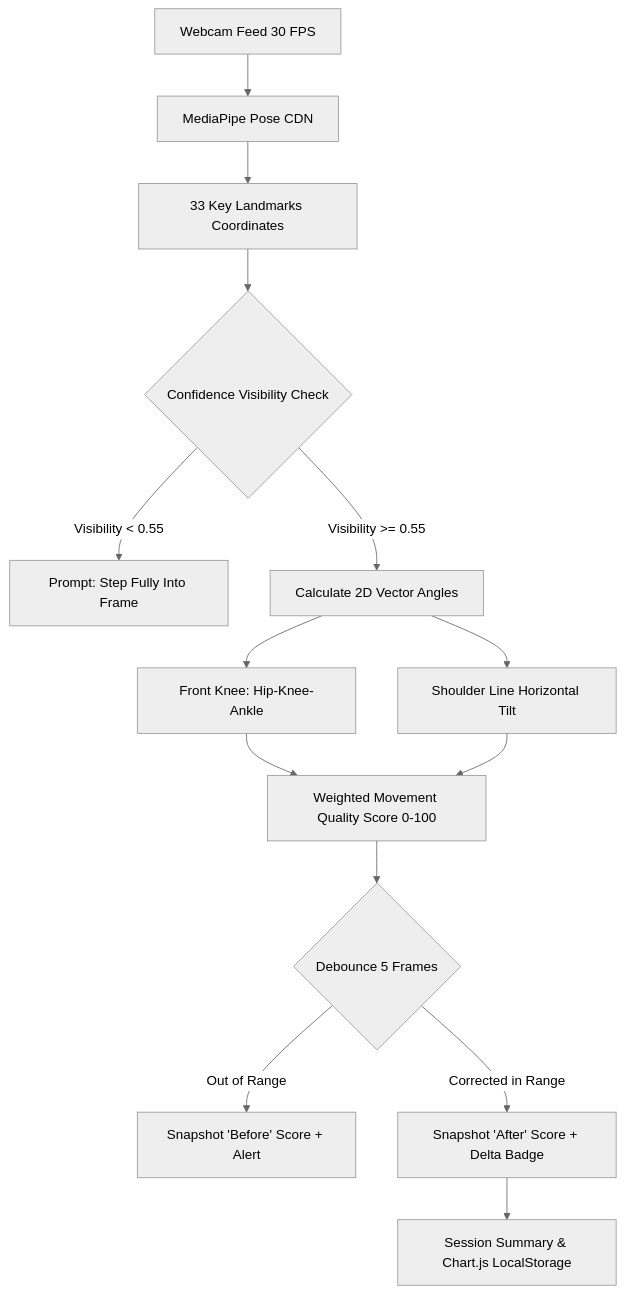
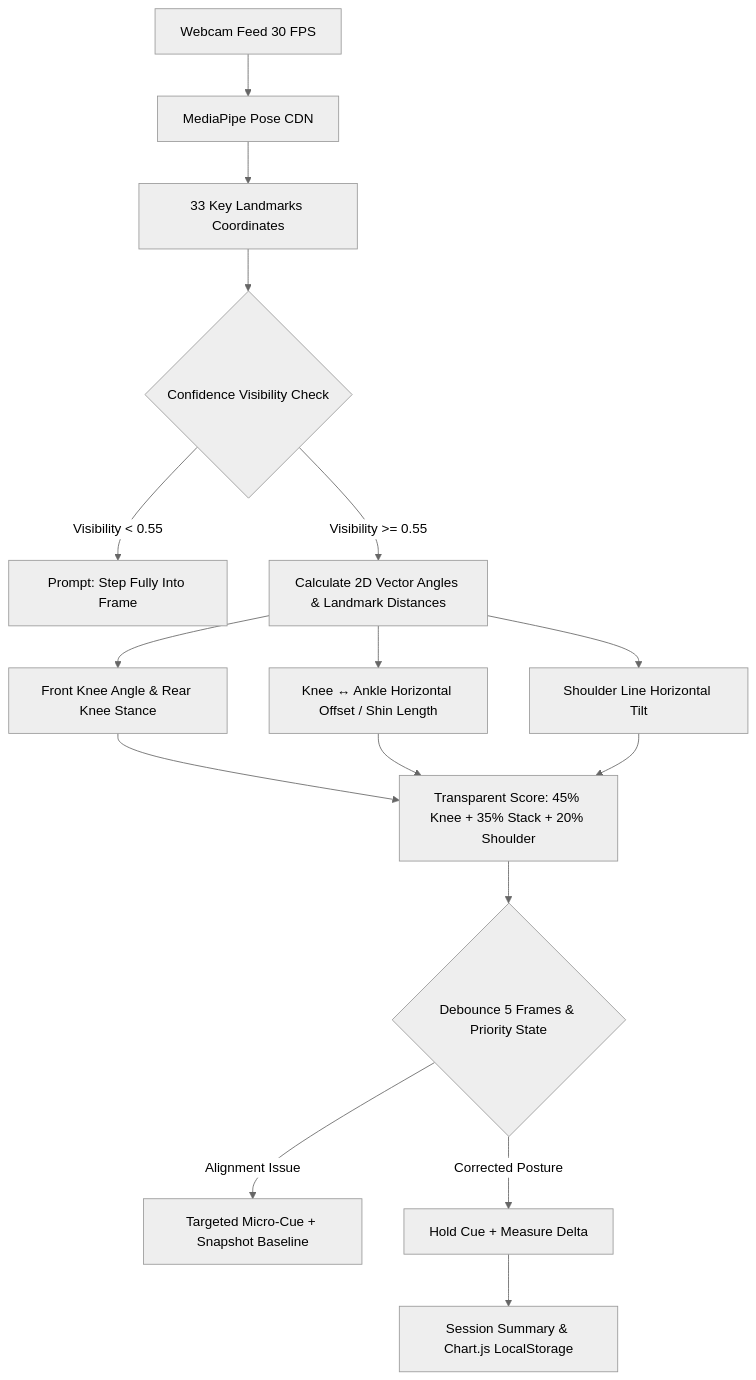
The diagram in README.md (HRAGROUPS/Solo-Innovator), drawn with Mermaid (neutral theme) before and after one commit. The commit also changed other lines of this file and 4 other files, not shown here.

````diff
--- a/README.md
+++ b/README.md
@@ -26,15 +27,16 @@
 ```mermaid
 graph TD
   A[Webcam Feed 30 FPS] --> B[MediaPipe Pose CDN]
   B --> C[33 Key Landmarks Coordinates]
   C --> D{Confidence Visibility Check}
   D -- Visibility < 0.55 --> E[Prompt: Step Fully Into Frame]
-  D -- Visibility >= 0.55 --> F[Calculate 2D Vector Angles]
-  F --> G[Front Knee: Hip-Knee-Ankle]
-  F --> H[Shoulder Line Horizontal Tilt]
-  G & H --> I[Weighted Movement Quality Score 0-100]
-  I --> J{Debounce 5 Frames}
-  J -- Out of Range --> K[Snapshot 'Before' Score + Alert]
-  J -- Corrected in Range --> L[Snapshot 'After' Score + Delta Badge]
-  L --> M[Session Summary & Chart.js LocalStorage]
+  D -- Visibility >= 0.55 --> F[Calculate 2D Vector Angles & Landmark Distances]
+  F --> G[Front Knee Angle & Rear Knee Stance]
+  F --> H[Knee ↔ Ankle Horizontal Offset / Shin Length]
+  F --> I[Shoulder Line Horizontal Tilt]
+  G & H & I --> J[Transparent Score: 45% Knee + 35% Stack + 20% Shoulder]
+  J --> K{Debounce 5 Frames & Priority State}
+  K -- Alignment Issue --> L[Targeted Micro-Cue + Snapshot Baseline]
+  K -- Corrected Posture --> M[Hold Cue + Measure Delta]
+  M --> N[Session Summary & Chart.js LocalStorage]
 ```
````
